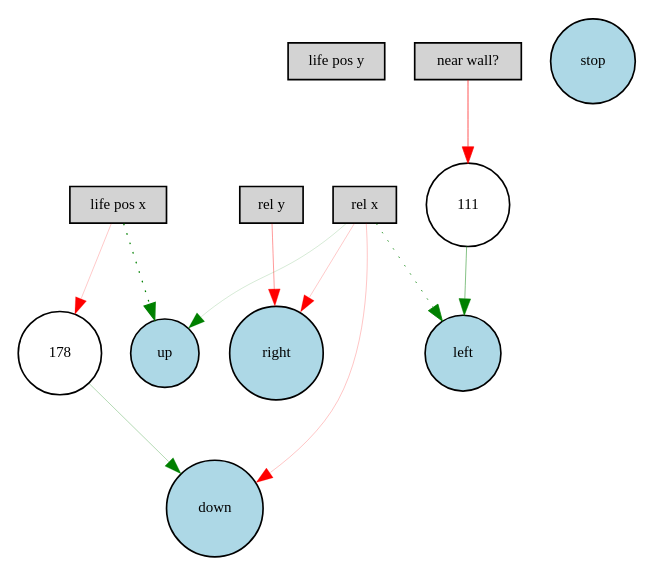
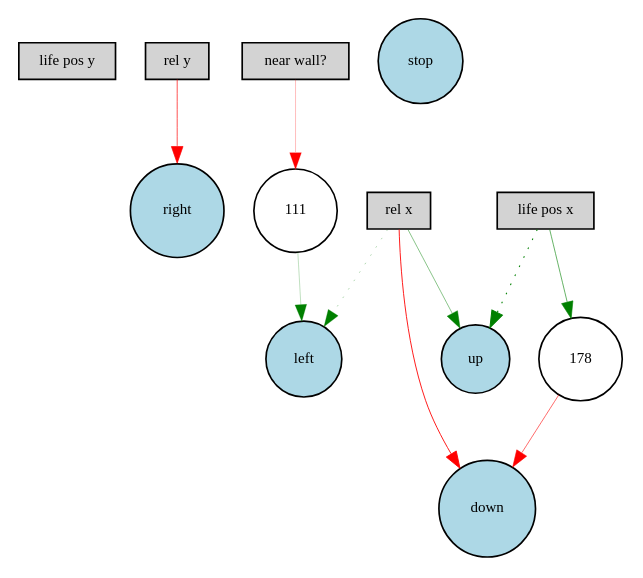
Before and after one commit to Elphiie/NEAT-practice: the diagram in Digraph.gv, drawn with Graphviz. The commit also changed 5 other files, not shown here.

```diff
--- a/Digraph.gv
+++ b/Digraph.gv
@@ -1,25 +1,24 @@
 digraph {
 	node [fontsize=9 height=0.3 shape=circle width=0.3]
 	"life pos y" [fillcolor=lightgray shape=box style=filled]
 	"rel y" [fillcolor=lightgray shape=box style=filled]
 	"near wall?" [fillcolor=lightgray shape=box style=filled]
 	"rel x" [fillcolor=lightgray shape=box style=filled]
 	"life pos x" [fillcolor=lightgray shape=box style=filled]
 	stop [fillcolor=lightblue style=filled]
 	up [fillcolor=lightblue style=filled]
 	down [fillcolor=lightblue style=filled]
 	left [fillcolor=lightblue style=filled]
 	right [fillcolor=lightblue style=filled]
 	111 [fillcolor=white style=filled]
 	178 [fillcolor=white style=filled]
-	"rel x" -> left [color=green penwidth=0.45768406803876527 style=dotted]
-	"rel y" -> right [color=red penwidth=0.2364827263660587 style=solid]
-	"life pos x" -> up [color=green penwidth=0.7402935959862065 style=dotted]
-	"rel x" -> down [color=red penwidth=0.13647694623986995 style=solid]
-	"rel x" -> up [color=green penwidth=0.1047713269660987 style=solid]
-	"near wall?" -> 111 [color=red penwidth=0.396003371860022 style=solid]
-	111 -> left [color=green penwidth=0.29154801879411363 style=solid]
-	"life pos x" -> 178 [color=red penwidth=0.13139429778133108 style=solid]
-	178 -> down [color=green penwidth=0.17527713883876667 style=solid]
-	"rel x" -> right [color=red penwidth=0.1286457186983166 style=solid]
+	"rel x" -> left [color=green penwidth=0.1871793255617697 style=dotted]
+	"rel y" -> right [color=red penwidth=0.413198338618076 style=solid]
+	"life pos x" -> up [color=green penwidth=0.6103507799766322 style=dotted]
+	"rel x" -> down [color=red penwidth=0.5258515366727168 style=solid]
+	"rel x" -> up [color=green penwidth=0.28422773486727915 style=solid]
+	"near wall?" -> 111 [color=red penwidth=0.1605409371942163 style=solid]
+	111 -> left [color=green penwidth=0.14900813777521893 style=solid]
+	"life pos x" -> 178 [color=green penwidth=0.3622663416019759 style=solid]
+	178 -> down [color=red penwidth=0.35165604951285223 style=solid]
 }
```
